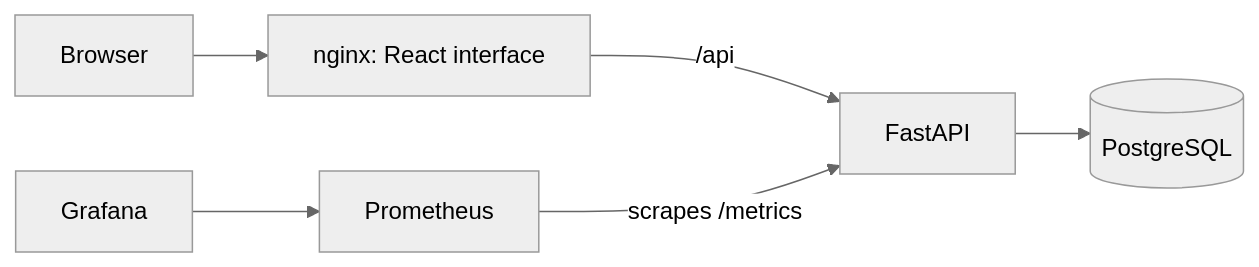
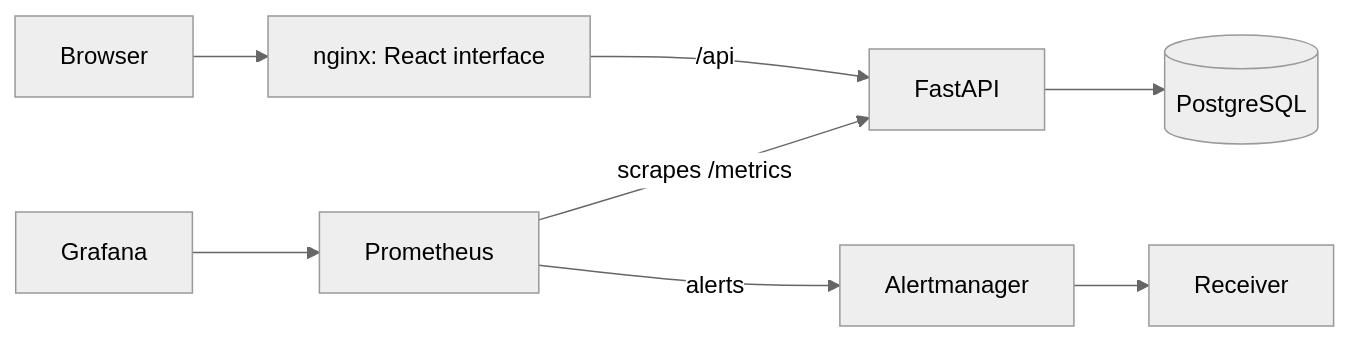
Before and after one commit to tamezza/TaskBoard: the first of 3 diagrams in README.md, drawn with Mermaid (neutral theme). The commit also changed other lines of this file and 5 other files, not shown here.

Commit message:
Route alerts through Alertmanager and alert on server errors (#41)

````diff
--- a/README.md
+++ b/README.md
@@ -22,8 +22,10 @@
 ```mermaid
 flowchart LR
     user[Browser] --> web[nginx: React interface]
     web -->|/api| api[FastAPI]
     api --> db[(PostgreSQL)]
     prom[Prometheus] -->|scrapes /metrics| api
+    prom -->|alerts| am[Alertmanager]
+    am --> rcv[Receiver]
     graf[Grafana] --> prom
 ```
````
